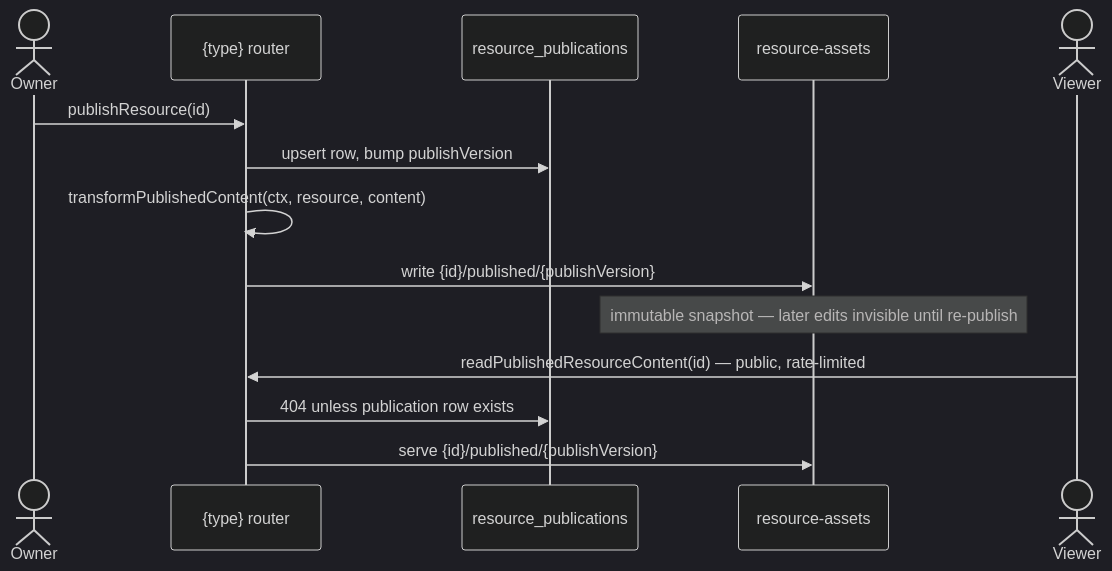
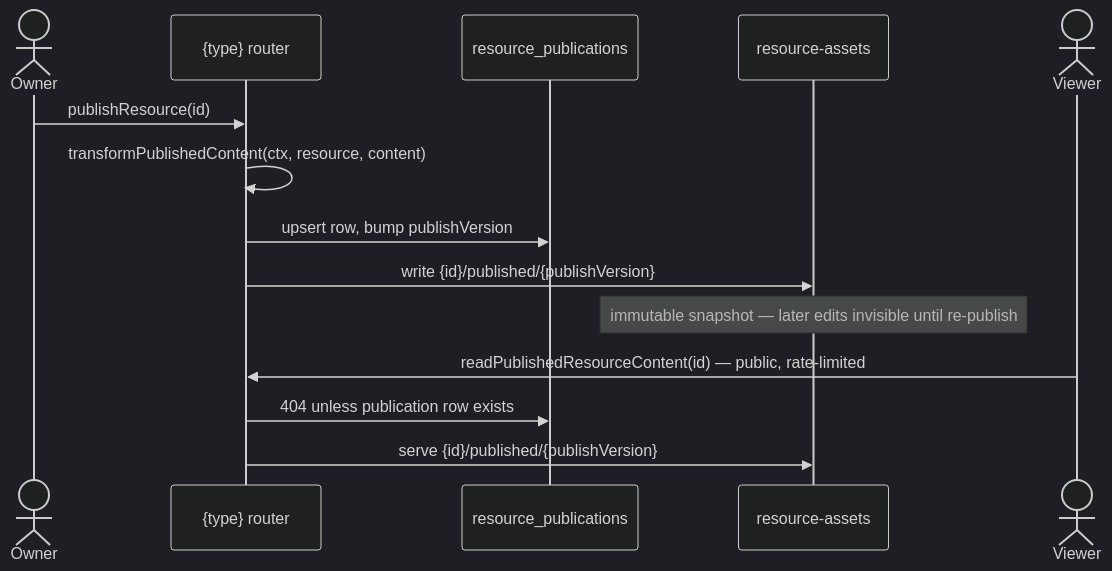
One commit to Esposter/Esposter changed the diagram in packages/app/content/docs/architecture/publishing.md. Above: the diagram before and after it, drawn with Mermaid (dark theme). The commit also changed other lines of this file and 38 other files, not shown here.

````diff
--- a/packages/app/content/docs/architecture/publishing.md
+++ b/packages/app/content/docs/architecture/publishing.md
@@ -20,18 +20,18 @@
 ```mermaid
 sequenceDiagram
   actor Owner
   participant R as {type} router
   participant PG as resource_publications
   participant BLOB as resource-assets
 
   Owner->>R: publishResource(id)
+  R->>R: transformPublishedContent(ctx, resource, content)
   R->>PG: upsert row, bump publishVersion
-  R->>R: transformPublishedContent(ctx, resource, content)
   R->>BLOB: write {id}/published/{publishVersion}
   Note over BLOB: immutable snapshot — later edits invisible until re-publish
 
   actor Viewer
   Viewer->>R: readPublishedResourceContent(id) — public, rate-limited
   R->>PG: 404 unless publication row exists
   R->>BLOB: serve {id}/published/{publishVersion}
 ```
````
